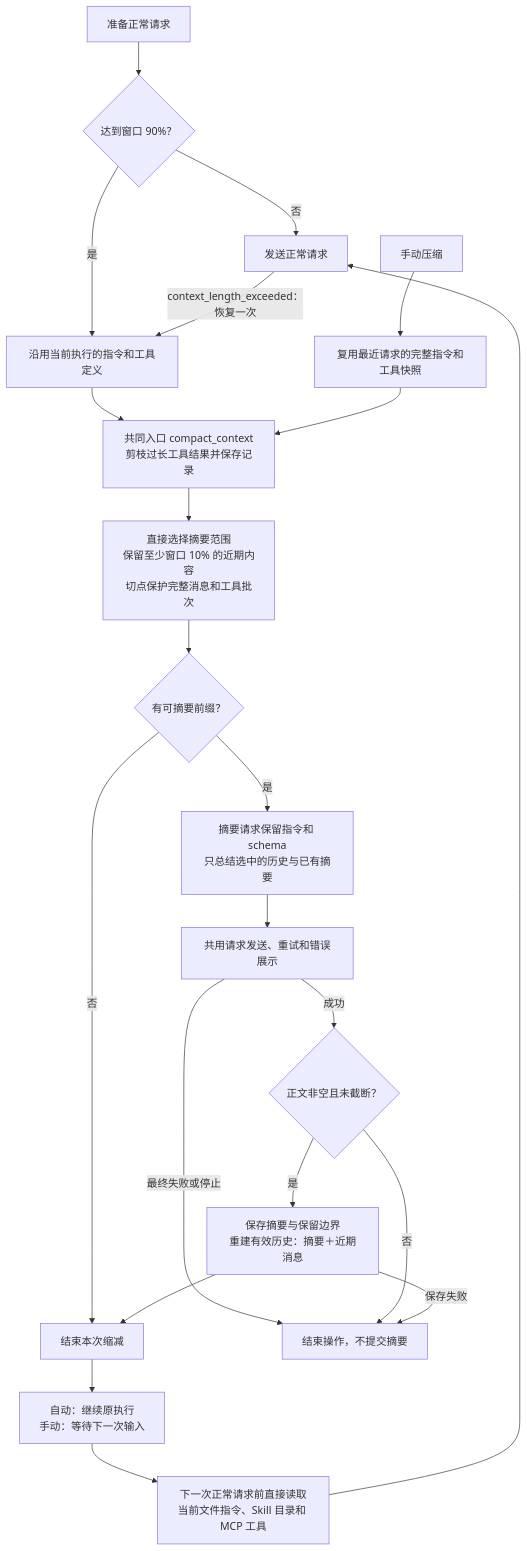
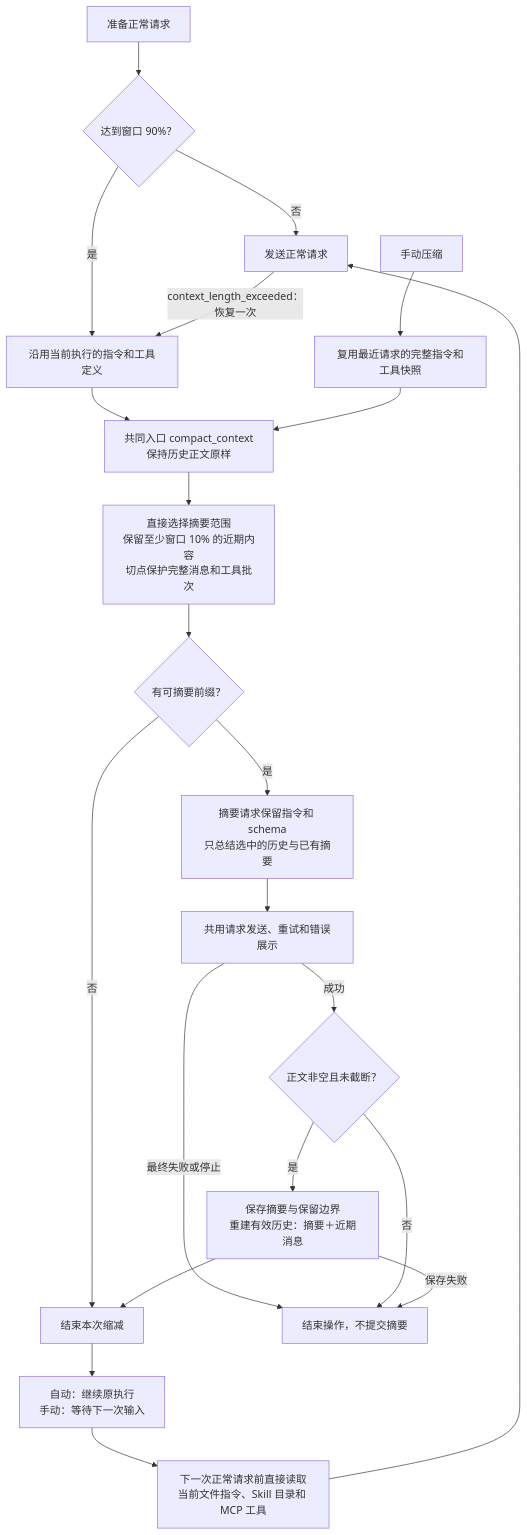
Diagram 22 of 28 in docs/architecture.md (qjcnmd/singularity-agent), drawn with Mermaid before and after one commit. The commit also changed other lines of this file and 38 other files, not shown here.

````diff
--- a/docs/architecture.md
+++ b/docs/architecture.md
@@ -657,24 +648,24 @@
 ```mermaid
 flowchart TB
     Start["准备正常请求"] --> Pressure{"达到窗口 90%？"}
     Pressure -->|"否"| Send["发送正常请求"]
     Pressure -->|"是"| Active["沿用当前执行的指令和工具定义"]
     Send -->|"context_length_exceeded：恢复一次"| Active
     Manual["手动压缩"] --> Saved["复用最近请求的完整指令和工具快照"]
-    Active --> Prune["共同入口 compact_context<br/>剪枝过长工具结果并保存记录"]
-    Saved --> Prune
-    Prune --> Cut["直接选择摘要范围<br/>保留至少窗口 10% 的近期内容<br/>切点保护完整消息和工具批次"]
+    Active --> Compact["共同入口 compact_context<br/>保持历史正文原样"]
+    Saved --> Compact
+    Compact --> Cut["直接选择摘要范围<br/>保留至少窗口 10% 的近期内容<br/>切点保护完整消息和工具批次"]
     Cut --> HasHistory{"有可摘要前缀？"}
     HasHistory -->|"否"| Finish["结束本次缩减"]
     HasHistory -->|"是"| Summary["摘要请求保留指令和 schema<br/>只总结选中的历史与已有摘要"]
     Summary --> Request["共用请求发送、重试和错误展示"]
     Request -->|"最终失败或停止"| Error["结束操作，不提交摘要"]
     Request -->|"成功"| Valid{"正文非空且未截断？"}
     Valid -->|"否"| Error
     Valid -->|"是"| Commit["保存摘要与保留边界<br/>重建有效历史：摘要＋近期消息"]
     Commit -->|"保存失败"| Error
     Commit --> Finish
     Finish --> Resume["自动：继续原执行<br/>手动：等待下一次输入"]
     Resume --> Refresh["下一次正常请求前直接读取<br/>当前文件指令、Skill 目录和 MCP 工具"]
     Refresh --> Send
 ```
````
